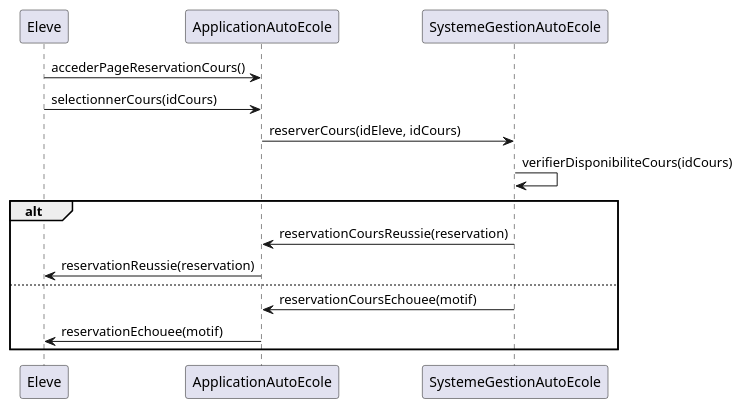
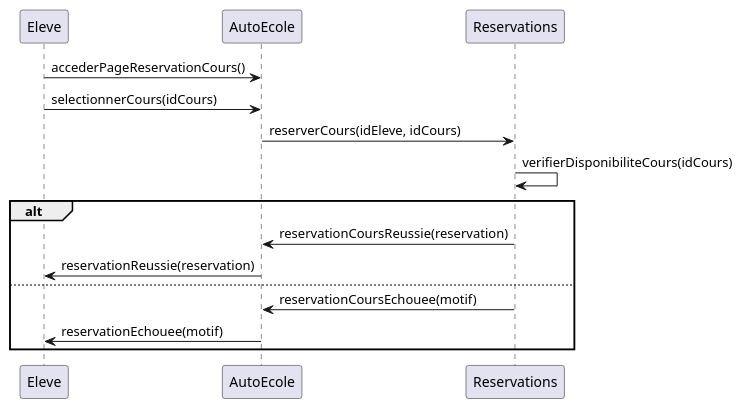
The diagram in Rendu 2/Diagramme de sequence/reserver_cour.pu (jerbi2026/Auto_ecole), drawn with PlantUML before and after one commit. The commit also changed 14 other files, not shown here.

```diff
--- a/Rendu 2/Diagramme de sequence/reserver_cour.pu
+++ b/Rendu 2/Diagramme de sequence/reserver_cour.pu
@@ -1,21 +1,21 @@
 @startuml
 participant Eleve
-participant ApplicationAutoEcole
-participant SystemeGestionAutoEcole
+participant AutoEcole
+participant Reservations
 
-Eleve->ApplicationAutoEcole: accederPageReservationCours()
+Eleve->AutoEcole: accederPageReservationCours()
 
-Eleve->ApplicationAutoEcole: selectionnerCours(idCours)
+Eleve->AutoEcole: selectionnerCours(idCours)
 
-ApplicationAutoEcole->SystemeGestionAutoEcole: reserverCours(idEleve, idCours)
+AutoEcole->Reservations: reserverCours(idEleve, idCours)
 
-SystemeGestionAutoEcole->SystemeGestionAutoEcole: verifierDisponibiliteCours(idCours)
+Reservations->Reservations: verifierDisponibiliteCours(idCours)
 
 alt
-    SystemeGestionAutoEcole->ApplicationAutoEcole: reservationCoursReussie(reservation)
-    ApplicationAutoEcole->Eleve: reservationReussie(reservation)
+    Reservations->AutoEcole: reservationCoursReussie(reservation)
+    AutoEcole->Eleve: reservationReussie(reservation)
 else
-    SystemeGestionAutoEcole->ApplicationAutoEcole: reservationCoursEchouee(motif)
-    ApplicationAutoEcole->Eleve: reservationEchouee(motif)
+    Reservations->AutoEcole: reservationCoursEchouee(motif)
+    AutoEcole->Eleve: reservationEchouee(motif)
 end
 @enduml
```
